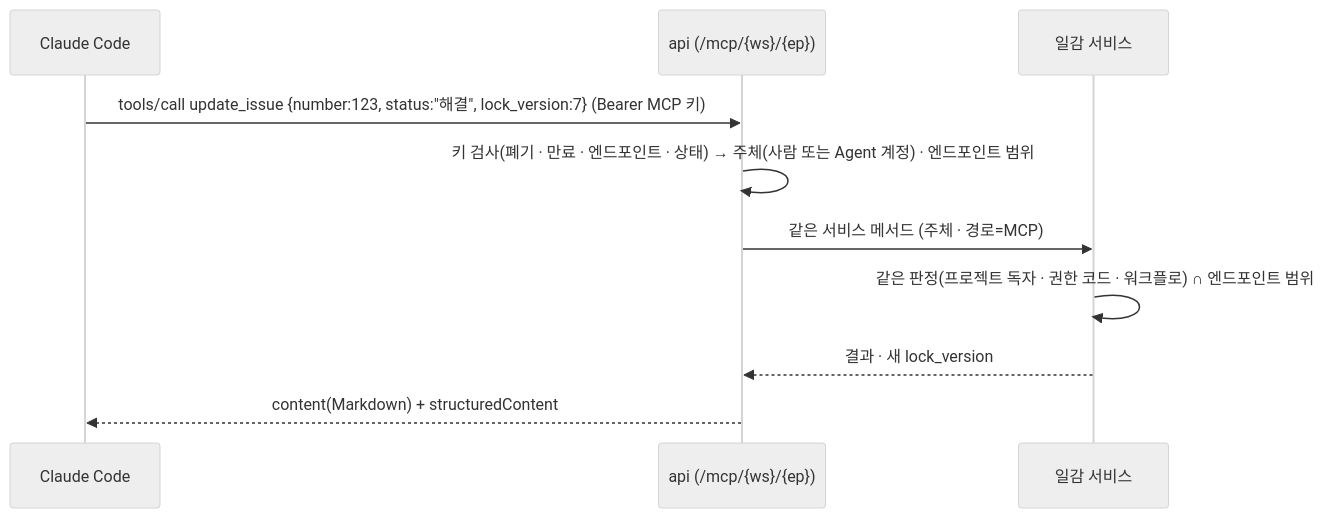
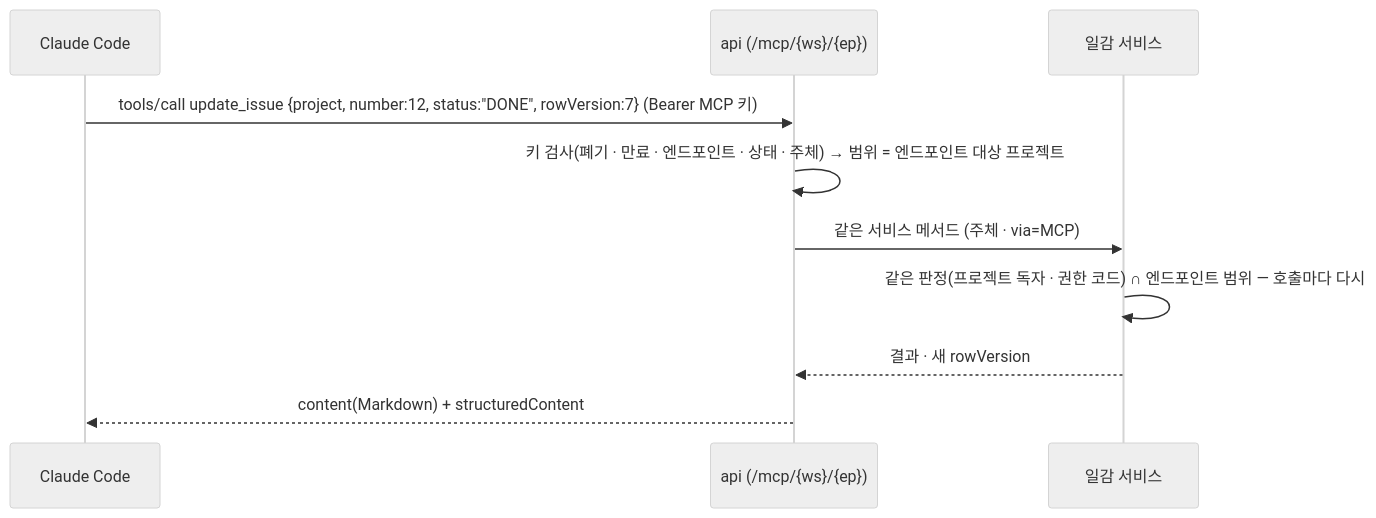
The second of 2 diagrams in docs/design/01-architecture.md (Gnori/moai-works), drawn with Mermaid (neutral theme) before and after one commit. The commit also changed other lines of this file and 59 other files, not shown here.

````diff
--- a/docs/design/01-architecture.md
+++ b/docs/design/01-architecture.md
@@ -73,12 +90,12 @@
 ```mermaid
 sequenceDiagram
     participant C as Claude Code
     participant A as api (/mcp/{ws}/{ep})
     participant S as 일감 서비스
-    C->>A: tools/call update_issue {number:123, status:"해결", lock_version:7} (Bearer MCP 키)
-    A->>A: 키 검사(폐기 · 만료 · 엔드포인트 · 상태) → 주체(사람 또는 Agent 계정) · 엔드포인트 범위
-    A->>S: 같은 서비스 메서드 (주체 · 경로=MCP)
-    S->>S: 같은 판정(프로젝트 독자 · 권한 코드 · 워크플로) ∩ 엔드포인트 범위
-    S-->>A: 결과 · 새 lock_version
+    C->>A: tools/call update_issue {project, number:12, status:"DONE", rowVersion:7} (Bearer MCP 키)
+    A->>A: 키 검사(폐기 · 만료 · 엔드포인트 · 상태 · 주체) → 범위 = 엔드포인트 대상 프로젝트
+    A->>S: 같은 서비스 메서드 (주체 · via=MCP)
+    S->>S: 같은 판정(프로젝트 독자 · 권한 코드) ∩ 엔드포인트 범위 — 호출마다 다시
+    S-->>A: 결과 · 새 rowVersion
     A-->>C: content(Markdown) + structuredContent
 ```
````
